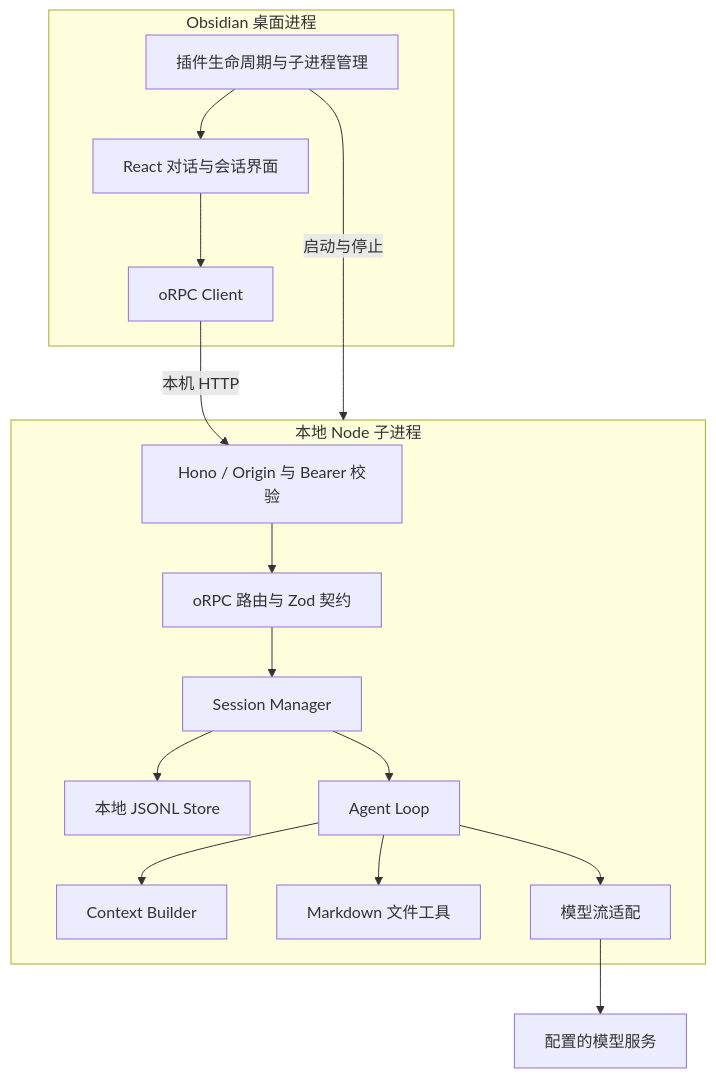
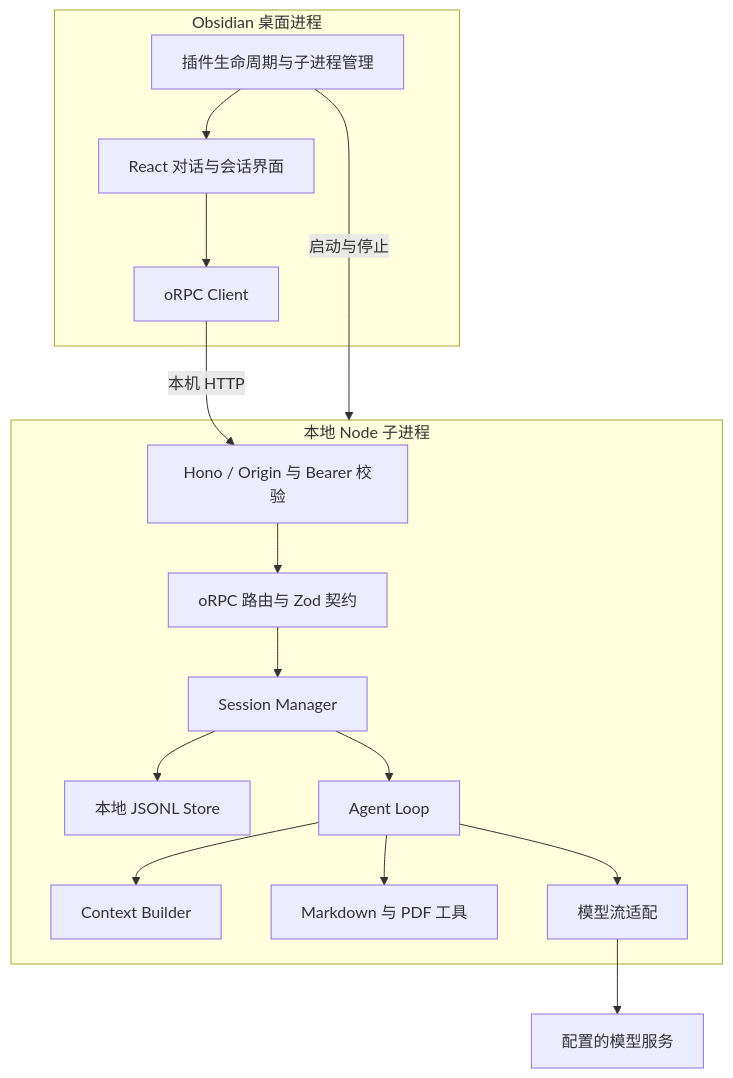
The first of 2 diagrams in docs/architecture/current-runtime.md (fa3eng/jelly), drawn with Mermaid before and after one commit. The commit also changed other lines of this file and 74 other files, not shown here.

````diff
--- a/docs/architecture/current-runtime.md
+++ b/docs/architecture/current-runtime.md
@@ -5,30 +5,30 @@
 ```mermaid
 flowchart TB
     subgraph Host[Obsidian 桌面进程]
         Plugin[插件生命周期与子进程管理]
         UI[React 对话与会话界面]
         Client[oRPC Client]
         Plugin --> UI
         UI --> Client
     end
     subgraph Service[本地 Node 子进程]
         HTTP[Hono / Origin 与 Bearer 校验]
         RPC[oRPC 路由与 Zod 契约]
         Session[Session Manager]
         Store[本地 JSONL Store]
         Runtime[Agent Loop]
         Context[Context Builder]
-        Tools[Markdown 文件工具]
+        Tools[Markdown 与 PDF 工具]
         ModelTurn[模型流适配]
         HTTP --> RPC
         RPC --> Session
         Session --> Store
         Session --> Runtime
         Runtime --> Context
         Runtime --> Tools
         Runtime --> ModelTurn
     end
     Plugin -->|启动与停止| Service
     Client -->|本机 HTTP| HTTP
     ModelTurn --> Provider[配置的模型服务]
 ```
````
